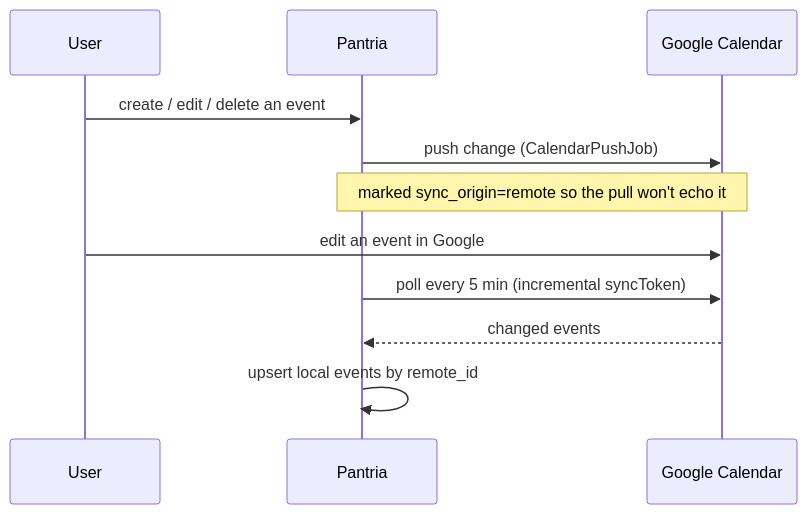
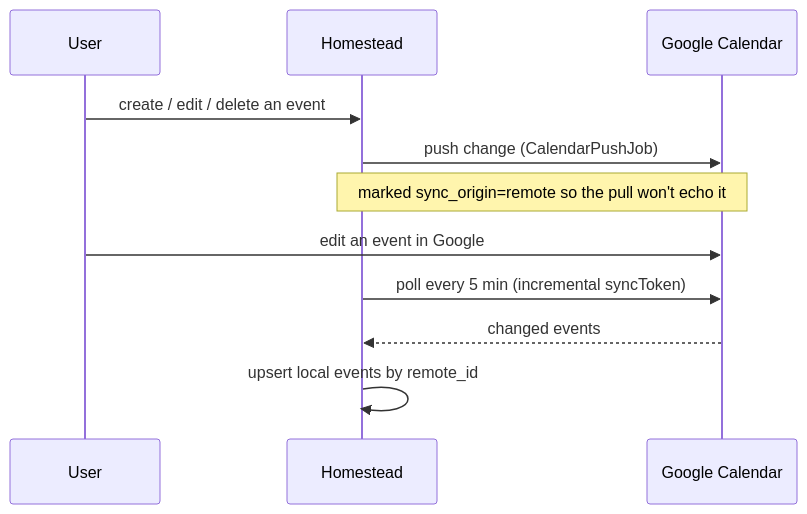
The diagram in docs/features/calendar-sync.md (SGraef/Homestead), drawn with Mermaid before and after one commit. The commit also changed other lines of this file and 25 other files, not shown here.

First line of the commit message:
Rebrand (H0, docs + URLs): Pantria -> Homestead across the docs site (#17)

````diff
--- a/docs/features/calendar-sync.md
+++ b/docs/features/calendar-sync.md
@@ -31,13 +31,13 @@
 ```mermaid
 sequenceDiagram
   participant U as User
-  participant P as Pantria
+  participant P as Homestead
   participant G as Google Calendar
   U->>P: create / edit / delete an event
   P->>G: push change (CalendarPushJob)
   Note over P,G: marked sync_origin=remote so the pull won't echo it
   U->>G: edit an event in Google
   P->>G: poll every 5 min (incremental syncToken)
   G-->>P: changed events
   P->>P: upsert local events by remote_id
 ```
````
